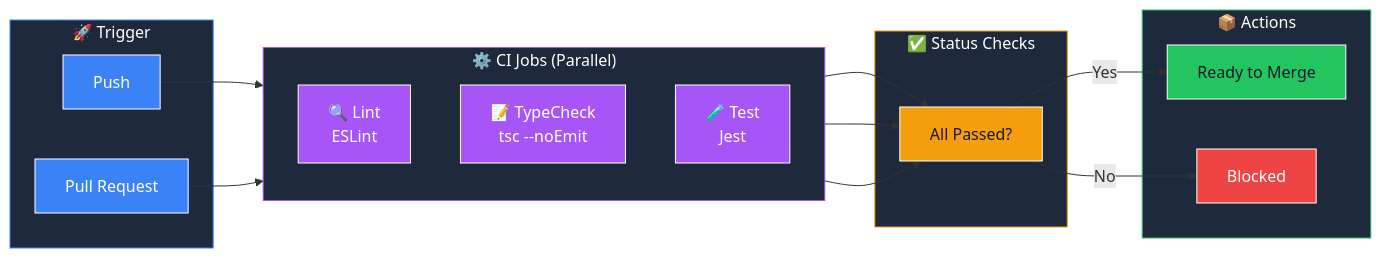
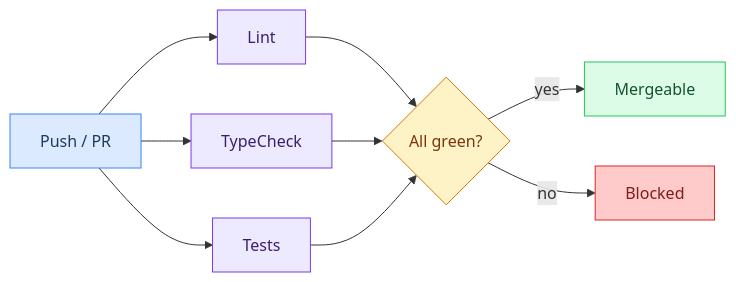
One commit to Univers42/transcendance changed diagram 11 of 13 in CONTRIBUTING.md. Above: the diagram before and after it, drawn with Mermaid. The commit also changed other lines of this file, not shown here.

````diff
--- a/CONTRIBUTING.md
+++ b/CONTRIBUTING.md
@@ -1077,44 +738,19 @@
 ```mermaid
-flowchart LR
-    subgraph Trigger["🚀 Trigger"]
-        Push["Push"]
-        PR["Pull Request"]
-    end
-    
-    subgraph Jobs["⚙️ CI Jobs (Parallel)"]
-        direction TB
-        Lint["🔍 Lint\nESLint"]
-        Type["📝 TypeCheck\ntsc --noEmit"]
-        Test["🧪 Test\nJest"]
-    end
-    
-    subgraph Checks["✅ Status Checks"]
-        All["All Passed?"]
-    end
-    
-    subgraph Actions["📦 Actions"]
-        Merge["Ready to Merge"]
-        Block["Blocked"]
-    end
+graph LR
+    trigger["Push / PR"] --> lint["Lint"]
+    trigger --> types["TypeCheck"]
+    trigger --> tests["Tests"]
+    lint --> gate{All green?}
+    types --> gate
+    tests --> gate
+    gate -- yes --> merge["Mergeable"]
+    gate -- no --> block["Blocked"]
 
-    Push --> Jobs
-    PR --> Jobs
-    Lint --> All
-    Type --> All
-    Test --> All
-    All -->|"Yes"| Merge
-    All -->|"No"| Block
-
-    style Trigger fill:#1e293b,stroke:#3b82f6,color:#fff
-    style Jobs fill:#1e293b,stroke:#a855f7,color:#fff
-    style Checks fill:#1e293b,stroke:#f59e0b,color:#fff
-    style Actions fill:#1e293b,stroke:#22c55e,color:#fff
-    style Push fill:#3b82f6,stroke:#fff,color:#fff
-    style PR fill:#3b82f6,stroke:#fff,color:#fff
-    style Lint fill:#a855f7,stroke:#fff,color:#fff
-    style Type fill:#a855f7,stroke:#fff,color:#fff
-    style Test fill:#a855f7,stroke:#fff,color:#fff
-    style All fill:#f59e0b,stroke:#fff,color:#1a1a2e
-    style Merge fill:#22c55e,stroke:#fff,color:#1a1a2e
-    style Block fill:#ef4444,stroke:#fff,color:#fff
+    style trigger fill:#dbeafe,stroke:#3b82f6,color:#1e3a5f
+    style lint fill:#ede9fe,stroke:#7c3aed,color:#3b1f6e
+    style types fill:#ede9fe,stroke:#7c3aed,color:#3b1f6e
+    style tests fill:#ede9fe,stroke:#7c3aed,color:#3b1f6e
+    style gate fill:#fef3c7,stroke:#d97706,color:#78350f
+    style merge fill:#dcfce7,stroke:#22c55e,color:#14532d
+    style block fill:#fecaca,stroke:#dc2626,color:#7f1d1d
 ```
````
